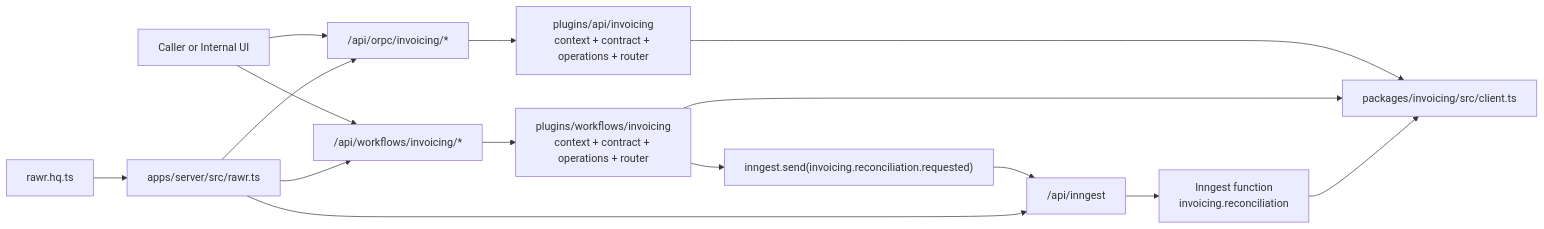
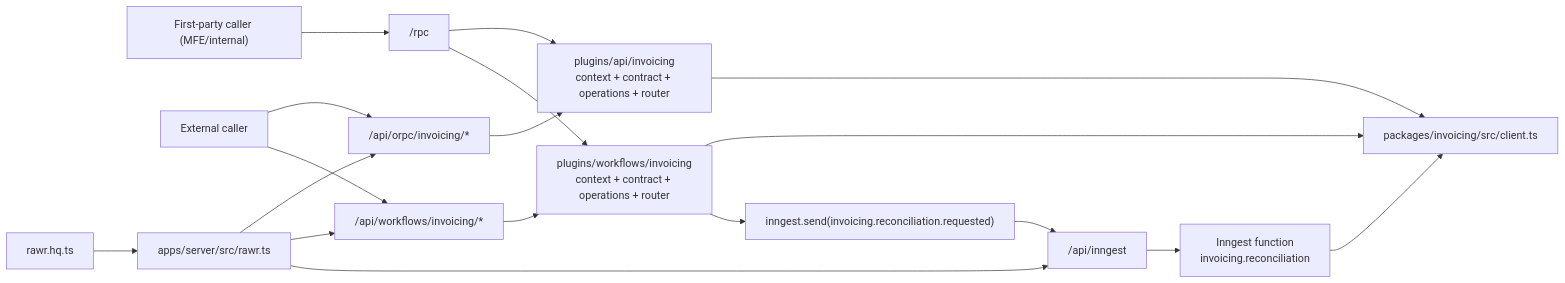
One commit to rawr-ai/rawr-hq-template changed the diagram in docs/projects/flat-runtime-session-review/orpc-ingest-spec-packet/examples/E2E_04_CONTEXT_AND_MIDDLEWARE_REAL_WORLD.md. Above: the diagram before and after it, drawn with Mermaid. The commit also changed other lines of this file and 16 other files, not shown here.

````diff
--- a/docs/projects/flat-runtime-session-review/orpc-ingest-spec-packet/examples/E2E_04_CONTEXT_AND_MIDDLEWARE_REAL_WORLD.md
+++ b/docs/projects/flat-runtime-session-review/orpc-ingest-spec-packet/examples/E2E_04_CONTEXT_AND_MIDDLEWARE_REAL_WORLD.md
@@ -51,21 +37,24 @@
 ```mermaid
 flowchart LR
-  Caller["Caller or Internal UI"] --> Api["/api/orpc/invoicing/*"]
-  Caller --> Workflows["/api/workflows/invoicing/*"]
+  FirstParty["First-party caller (MFE/internal)"] --> Rpc["/rpc"]
+  External["External caller"] --> Api["/api/orpc/invoicing/*"]
+  External --> Workflows["/api/workflows/invoicing/*"]
 
   Api --> ApiPlugin["plugins/api/invoicing\ncontext + contract + operations + router"]
   Workflows --> WfPlugin["plugins/workflows/invoicing\ncontext + contract + operations + router"]
+  Rpc --> ApiPlugin
+  Rpc --> WfPlugin
 
   ApiPlugin --> PkgClient["packages/invoicing/src/client.ts"]
   WfPlugin --> PkgClient
 
   WfPlugin --> SendEvent["inngest.send(invoicing.reconciliation.requested)"]
   SendEvent --> Ingress["/api/inngest"]
   Ingress --> Fn["Inngest function\ninvoicing.reconciliation"]
   Fn --> PkgClient
 
   Host["apps/server/src/rawr.ts"] --> Api
   Host --> Workflows
   Host --> Ingress
   Compose["rawr.hq.ts"] --> Host
 ```
````
